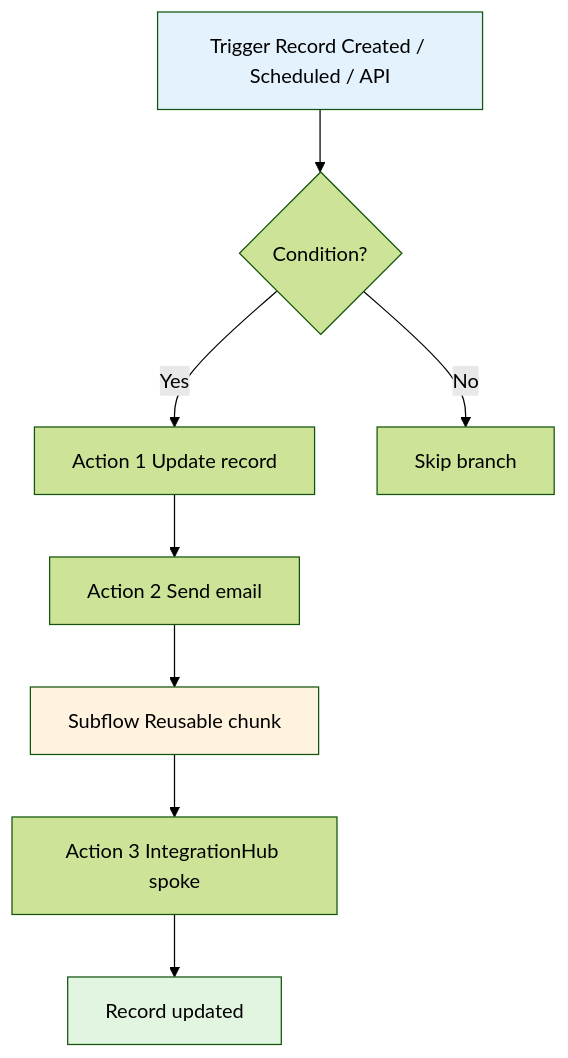
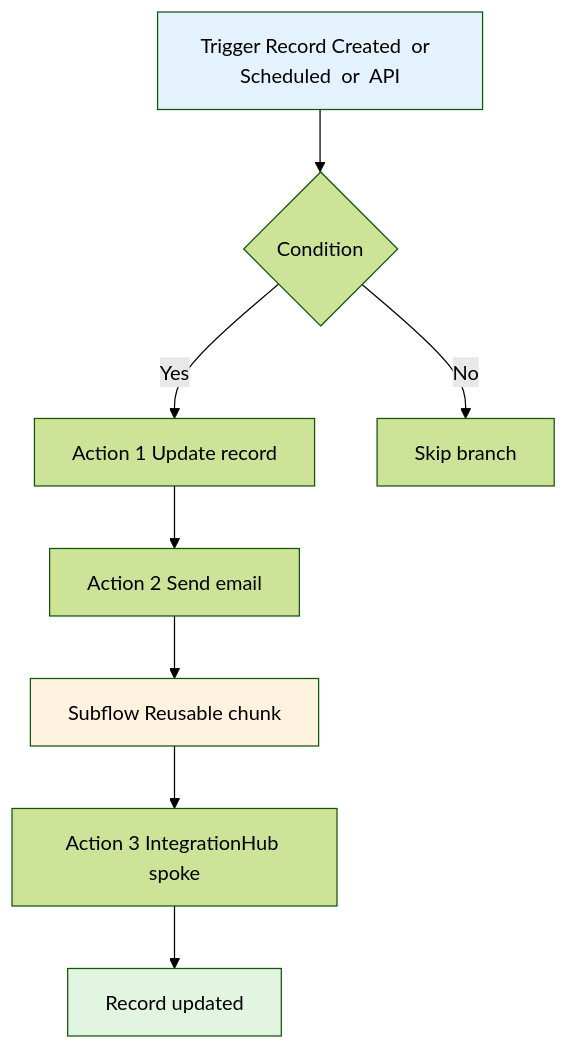
Before and after one commit to eltonaguiar/ServiceNow_Learning_TSOM-_CSM_FSM_SalesCRM_HAM_ITSM: the second of 5 diagrams in docs/modules/app-engine/app-engine-guide.md, drawn with Mermaid (forest theme). The commit also changed other lines of this file and 19 other files, not shown here.

First line of the commit message:
Fix Mermaid diagram syntax errors - replace problematic chars in text content only

````diff
--- a/docs/modules/app-engine/app-engine-guide.md
+++ b/docs/modules/app-engine/app-engine-guide.md
@@ -241,14 +241,14 @@
 ```mermaid
 flowchart TD
-    Trig[Trigger Record Created / Scheduled / API] --> Cond{Condition?}
+    Trig[Trigger Record Created  or  Scheduled  or  API] --> Cond{Condition}
     Cond -->|Yes| Act1[Action 1 Update record]
     Act1 --> Act2[Action 2 Send email]
     Act2 --> Sub[Subflow Reusable chunk]
     Sub --> Act3[Action 3 IntegrationHub spoke]
     Act3 --> Done[Record updated]
     Cond -->|No| Skip[Skip branch]
 
     style Trig fill:#e3f2fd,color:#000
     style Sub fill:#fff3e0,color:#000
     style Done fill:#e1f5e1,color:#000
 ```
````
